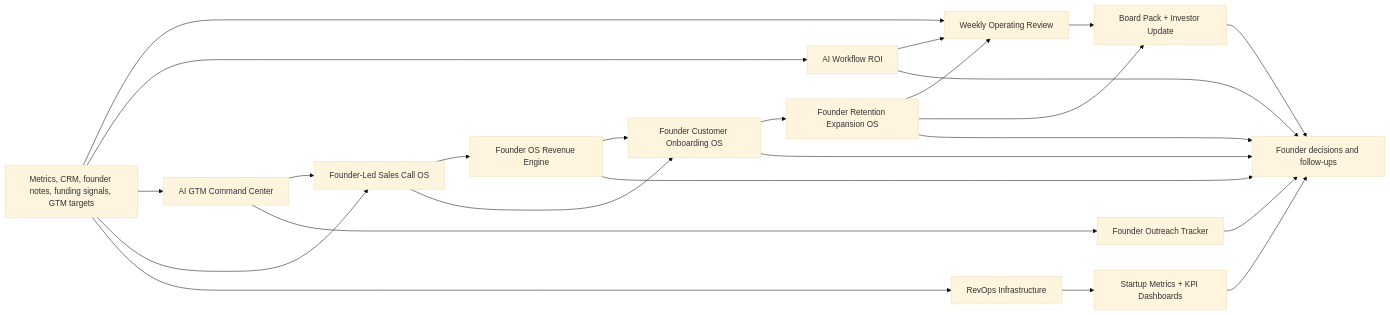
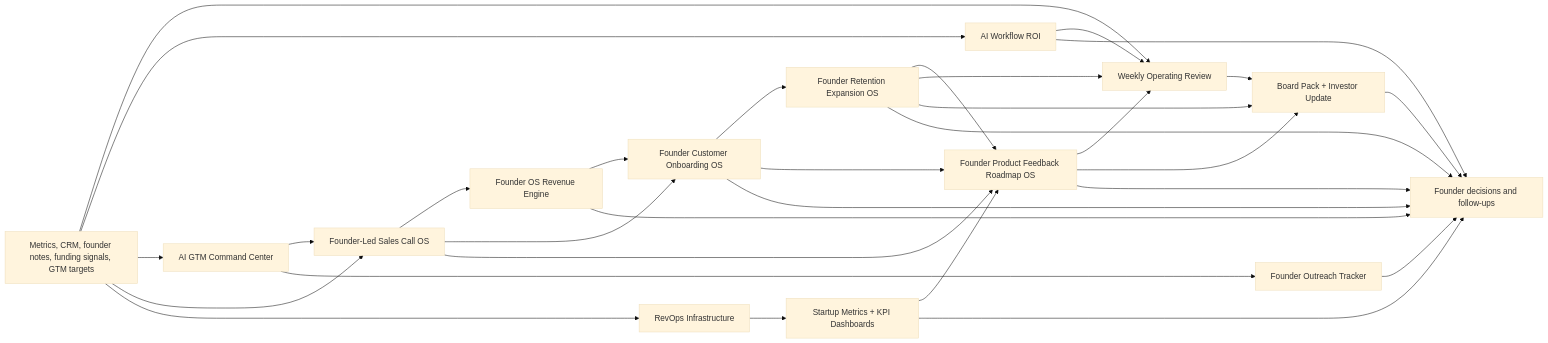
One commit to shubham1502-hue/founder-os changed the diagram in README.md. Above: the diagram before and after it, drawn with Mermaid (base theme). The commit also changed other lines of this file and 3 other files, not shown here.

Commit message:
Add Founder Product Feedback Roadmap OS portfolio links

````diff
--- a/README.md
+++ b/README.md
@@ -276,26 +278,33 @@
 ```mermaid
 flowchart LR
   Inputs["Metrics, CRM, founder notes, funding signals, GTM targets"] --> Review["Weekly Operating Review"]
   Inputs --> AIWorkflow["AI Workflow ROI"]
   Inputs --> GTM["AI GTM Command Center"]
   Inputs --> Calls["Founder-Led Sales Call OS"]
   Inputs --> RevOps["RevOps Infrastructure"]
   AIWorkflow --> Review
   AIWorkflow --> Decisions["Founder decisions and follow-ups"]
   Review --> Board["Board Pack + Investor Update"]
   GTM --> Calls
   Calls --> Revenue["Founder OS Revenue Engine"]
   Calls --> Onboarding["Founder Customer Onboarding OS"]
   Revenue --> Onboarding
   Onboarding --> Retention["Founder Retention Expansion OS"]
+  Calls --> Product["Founder Product Feedback Roadmap OS"]
+  Onboarding --> Product
+  Retention --> Product
   Retention --> Review
   Retention --> Board
+  Product --> Review
+  Product --> Board
   Onboarding --> Decisions["Founder decisions and follow-ups"]
   Retention --> Decisions
+  Product --> Decisions
   GTM --> Outreach["Founder Outreach Tracker"]
   RevOps --> Metrics["Startup Metrics + KPI Dashboards"]
+  Metrics --> Product
   Revenue --> Decisions["Founder decisions and follow-ups"]
   Board --> Decisions["Founder decisions and follow-ups"]
   Outreach --> Decisions
   Metrics --> Decisions
 ```
````
